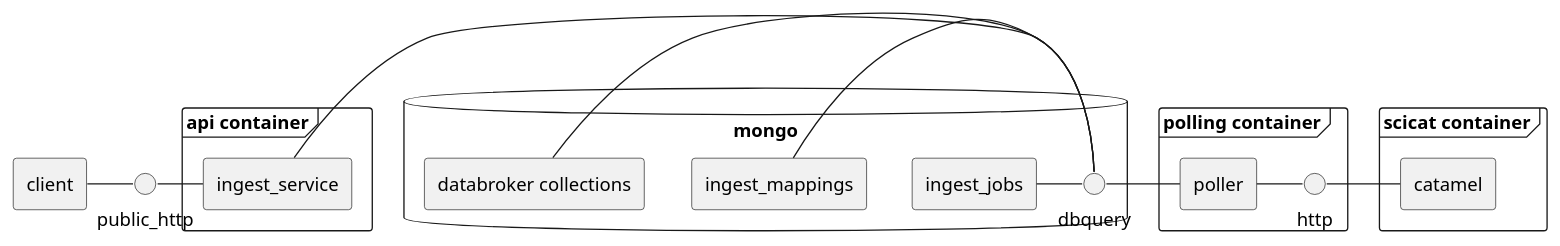
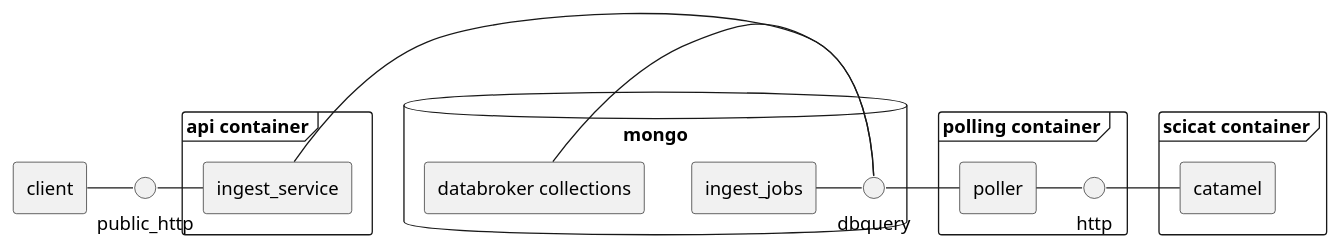
One commit to als-computing/splash-ingest changed the diagram in docs/drawings/components.puml. Above: the diagram before and after it, drawn with PlantUML. The commit also changed 8 other files, not shown here.

```diff
--- a/docs/drawings/components.puml
+++ b/docs/drawings/components.puml
@@ -1,31 +1,30 @@
 @startuml
 skinparam componentStyle rectangle
 
 [client] - public_http
 
 frame "api container" {
     [ingest_service] - public_http
    
 }
 
 database "mongo" {
     [ingest_service] - dbquery
     [ingest_jobs] - dbquery
-    [ingest_mappings] - dbquery
 
     [databroker collections] - dbquery
 }
 
 frame "polling container" {
     [poller] - dbquery
     [poller] - http
 }
 
 frame "scicat container" {
     [catamel] - http
 }
 
 
 
 
 @enduml
```
